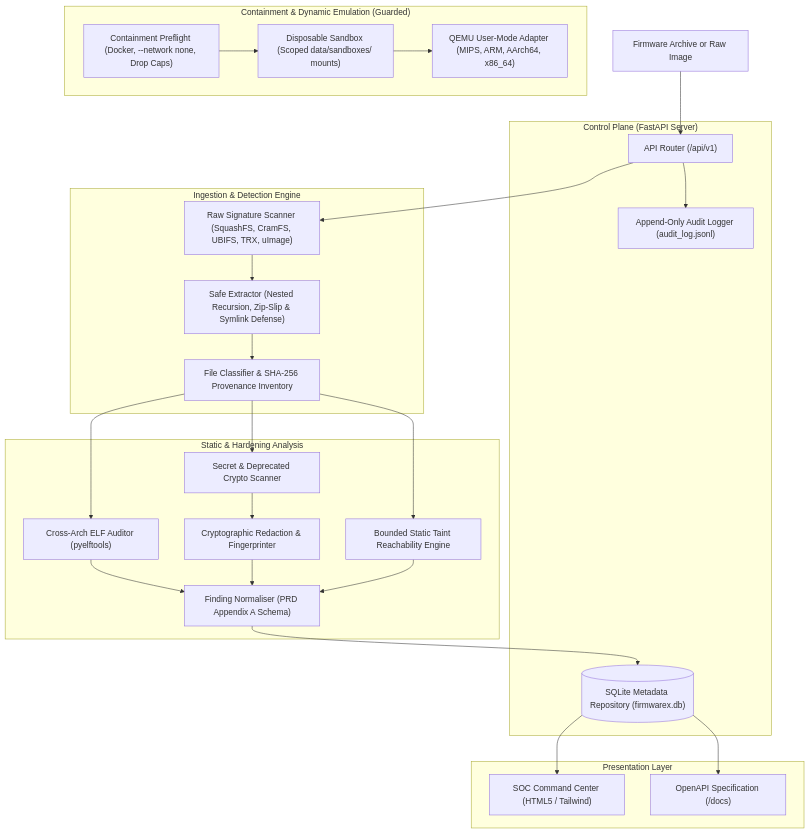
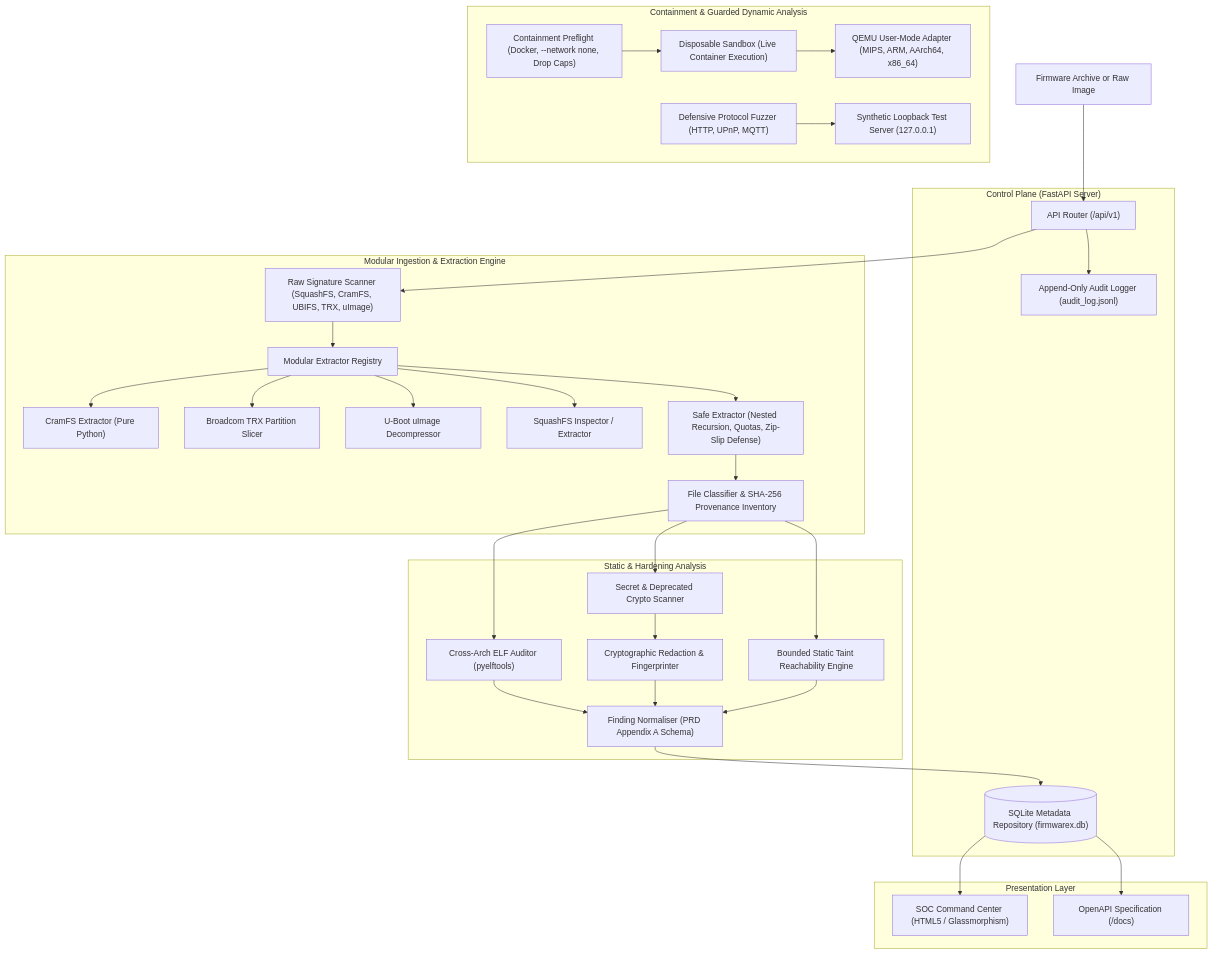
The diagram in ARCHITECTURE.md (HalaNaaz/FirmwareX-), drawn with Mermaid before and after one commit. The commit also changed other lines of this file and 29 other files, not shown here.

Commit message:
feat(core): implement Phase 4 real firmware extraction, live containment, and defensive fuzzing

````diff
--- a/ARCHITECTURE.md
+++ b/ARCHITECTURE.md
@@ -7,51 +7,64 @@
 ```mermaid
 flowchart TD
     subgraph UI ["Presentation Layer"]
-        WebDashboard["SOC Command Center (HTML5 / Tailwind)"]
+        WebDashboard["SOC Command Center (HTML5 / Glassmorphism)"]
         SwaggerUI["OpenAPI Specification (/docs)"]
     end
 
     subgraph ControlPlane ["Control Plane (FastAPI Server)"]
         Router["API Router (/api/v1)"]
         AuditLog["Append-Only Audit Logger (audit_log.jsonl)"]
         StorageEngine[("SQLite Metadata Repository (firmwarex.db)")]
     end
 
-    subgraph IngestionLayer ["Ingestion & Detection Engine"]
+    subgraph IngestionLayer ["Modular Ingestion & Extraction Engine"]
         RawDetector["Raw Signature Scanner (SquashFS, CramFS, UBIFS, TRX, uImage)"]
-        SafeExtractor["Safe Extractor (Nested Recursion, Zip-Slip & Symlink Defense)"]
+        ExtractorRegistry["Modular Extractor Registry"]
+        CramfsExt["CramFS Extractor (Pure Python)"]
+        TrxExt["Broadcom TRX Partition Slicer"]
+        UImageExt["U-Boot uImage Decompressor"]
+        SquashfsExt["SquashFS Inspector / Extractor"]
+        SafeExtractor["Safe Extractor (Nested Recursion, Quotas, Zip-Slip Defense)"]
         FileInventory["File Classifier & SHA-256 Provenance Inventory"]
     end
 
     subgraph StaticAnalysisLayer ["Static & Hardening Analysis"]
         ELFAuditor["Cross-Arch ELF Auditor (pyelftools)"]
         SecretScanner["Secret & Deprecated Crypto Scanner"]
         Redactor["Cryptographic Redaction & Fingerprinter"]
         Normaliser["Finding Normaliser (PRD Appendix A Schema)"]
         SymbolicAnalyzer["Bounded Static Taint Reachability Engine"]
     end
 
-    subgraph IsolationLayer ["Containment & Dynamic Emulation (Guarded)"]
+    subgraph DynamicContainmentLayer ["Containment & Guarded Dynamic Analysis"]
         Preflight["Containment Preflight (Docker, --network none, Drop Caps)"]
-        DisposableSandbox["Disposable Sandbox (Scoped data/sandboxes/ mounts)"]
+        DisposableSandbox["Disposable Sandbox (Live Container Execution)"]
         QemuAdapter["QEMU User-Mode Adapter (MIPS, ARM, AArch64, x86_64)"]
+        ProtocolFuzzer["Defensive Protocol Fuzzer (HTTP, UPnP, MQTT)"]
+        SyntheticServer["Synthetic Loopback Test Server (127.0.0.1)"]
     end
 
     FirmwareFile["Firmware Archive or Raw Image"] --> Router
     Router --> RawDetector
-    RawDetector --> SafeExtractor
+    RawDetector --> ExtractorRegistry
+    ExtractorRegistry --> CramfsExt
+    ExtractorRegistry --> TrxExt
+    ExtractorRegistry --> UImageExt
+    ExtractorRegistry --> SquashfsExt
+    ExtractorRegistry --> SafeExtractor
     SafeExtractor --> FileInventory
     FileInventory --> ELFAuditor
     FileInventory --> SecretScanner
     FileInventory --> SymbolicAnalyzer
     SecretScanner --> Redactor
     ELFAuditor --> Normaliser
     Redactor --> Normaliser
     SymbolicAnalyzer --> Normaliser
     Normaliser --> StorageEngine
     Router --> AuditLog
     Preflight --> DisposableSandbox
     DisposableSandbox --> QemuAdapter
+    ProtocolFuzzer --> SyntheticServer
     StorageEngine --> WebDashboard
     StorageEngine --> SwaggerUI
 ```
````
